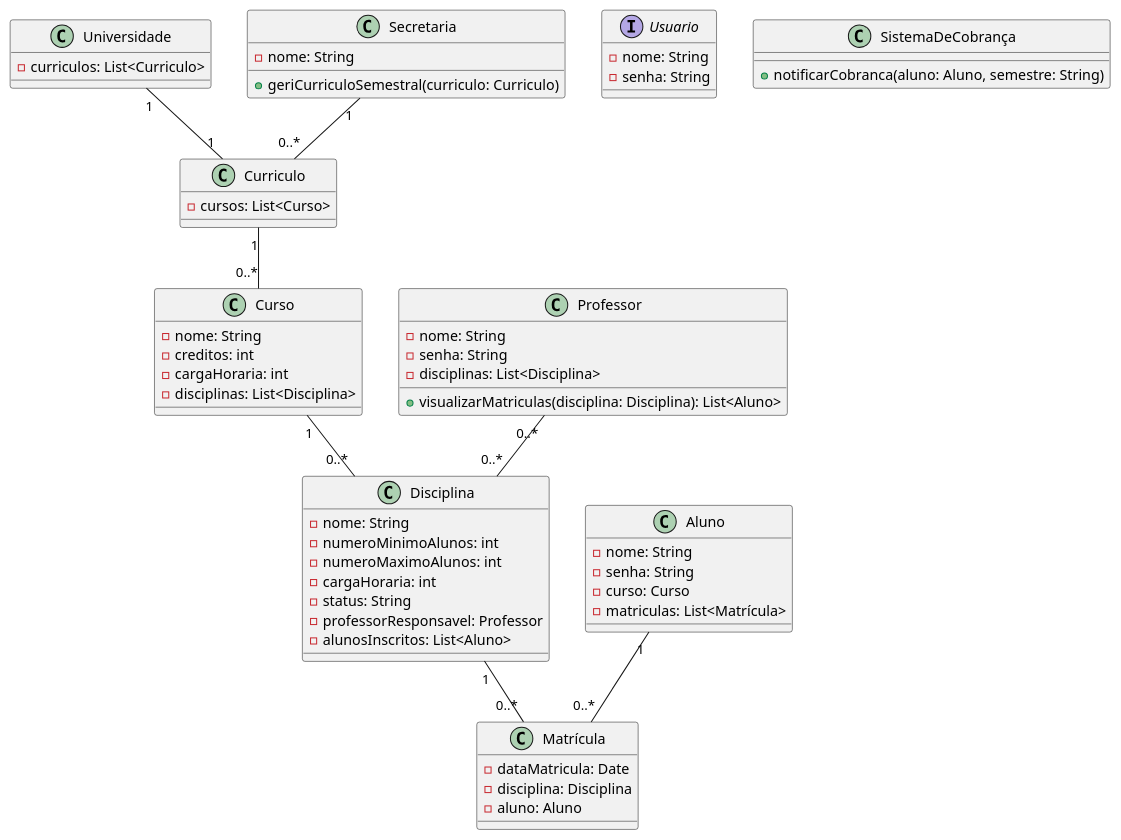
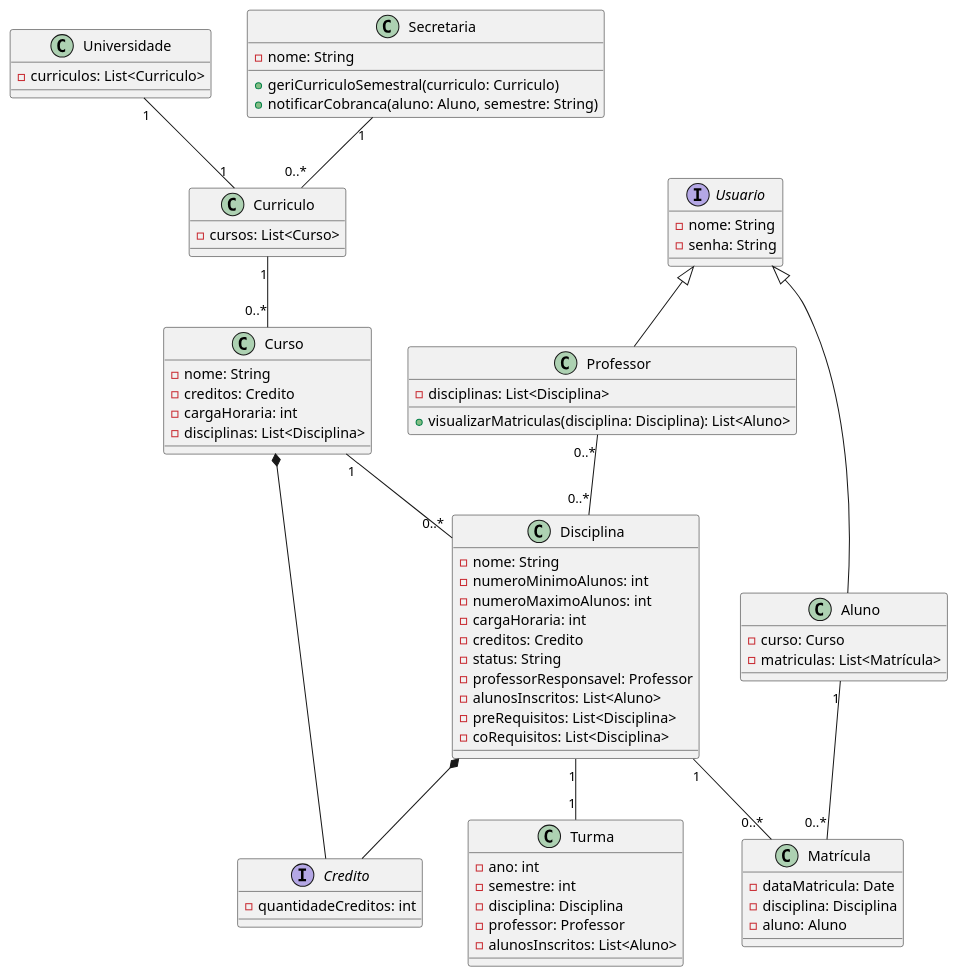
One commit to JoaoYM/Lab.-Desenvolvimento-de-Software changed the diagram in projeto/diagramaClasse.plantuml. Above: the diagram before and after it, drawn with PlantUML. The commit also changed 1 other file, not shown here.

Commit message:
Diagrama de Classe finalizado - Sprint 2

```diff
--- a/projeto/diagramaClasse.plantuml
+++ b/projeto/diagramaClasse.plantuml
@@ -1,69 +1,82 @@
 @startuml
 class Universidade {
     -curriculos: List<Curriculo>
 }
 
 class Curriculo {
     -cursos: List<Curso>
 }
 
 class Curso {
     -nome: String
-    -creditos: int
+    -creditos: Credito
     -cargaHoraria: int
     -disciplinas: List<Disciplina>
 }
 
 class Disciplina {
     -nome: String
     -numeroMinimoAlunos: int
     -numeroMaximoAlunos: int
     -cargaHoraria: int
+    -creditos: Credito
     -status: String
     -professorResponsavel: Professor
+    -alunosInscritos: List<Aluno>
+    -preRequisitos: List<Disciplina>
+    -coRequisitos: List<Disciplina>
+}
+
+interface Credito {
+    -quantidadeCreditos: int
+}
+
+class Turma {
+    -ano: int
+    -semestre: int
+    -disciplina: Disciplina
+    -professor: Professor
     -alunosInscritos: List<Aluno>
 }
 
 interface Usuario {
     -nome: String
     -senha: String
 }
 
 class Aluno {
-    -nome: String
-    -senha: String
     -curso: Curso
     -matriculas: List<Matrícula>
 }
 
 class Professor {
-    -nome: String
-    -senha: String
     -disciplinas: List<Disciplina>
     +visualizarMatriculas(disciplina: Disciplina): List<Aluno>
 }
 
 class Secretaria {
     -nome: String
     +geriCurriculoSemestral(curriculo: Curriculo)
+    +notificarCobranca(aluno: Aluno, semestre: String)
 }
 
 class Matrícula {
     -dataMatricula: Date
     -disciplina: Disciplina
     -aluno: Aluno
-}
-
-class SistemaDeCobrança {
-    +notificarCobranca(aluno: Aluno, semestre: String)
 }
 
 Universidade "1" -- "1" Curriculo
 Secretaria "1" -- "0..*" Curriculo
 Curriculo "1" -- "0..*" Curso
 Curso "1" -- "0..*" Disciplina
 Disciplina "1" -- "0..*" Matrícula
 Aluno "1" -- "0..*" Matrícula
 Professor "0..*" -- "0..*" Disciplina
+Disciplina "1" -- "1" Turma
+Curso *-- Credito
+Disciplina *-- Credito
+Usuario <|-- Aluno
+Usuario <|-- Professor
 
 @enduml
```
